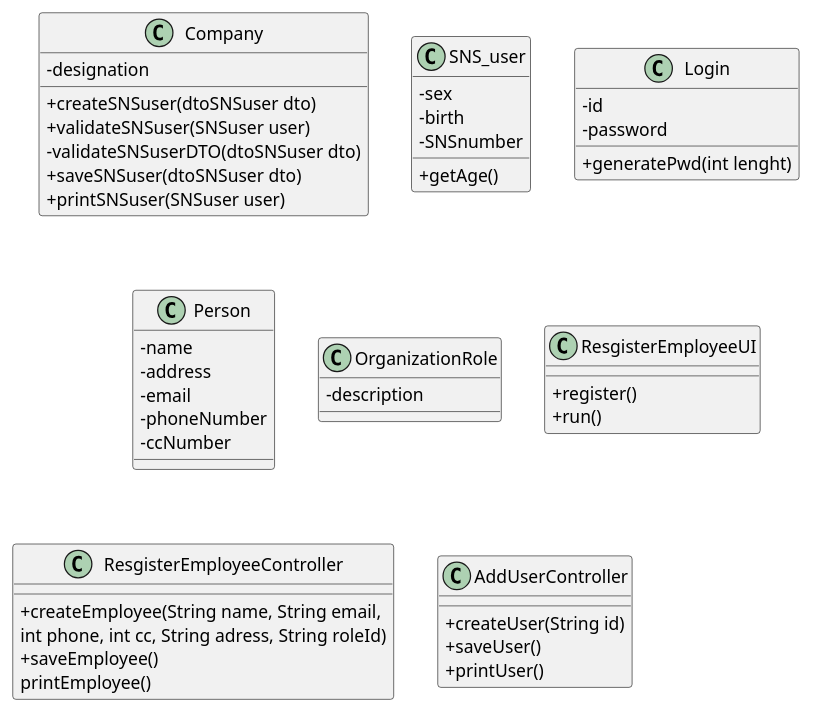
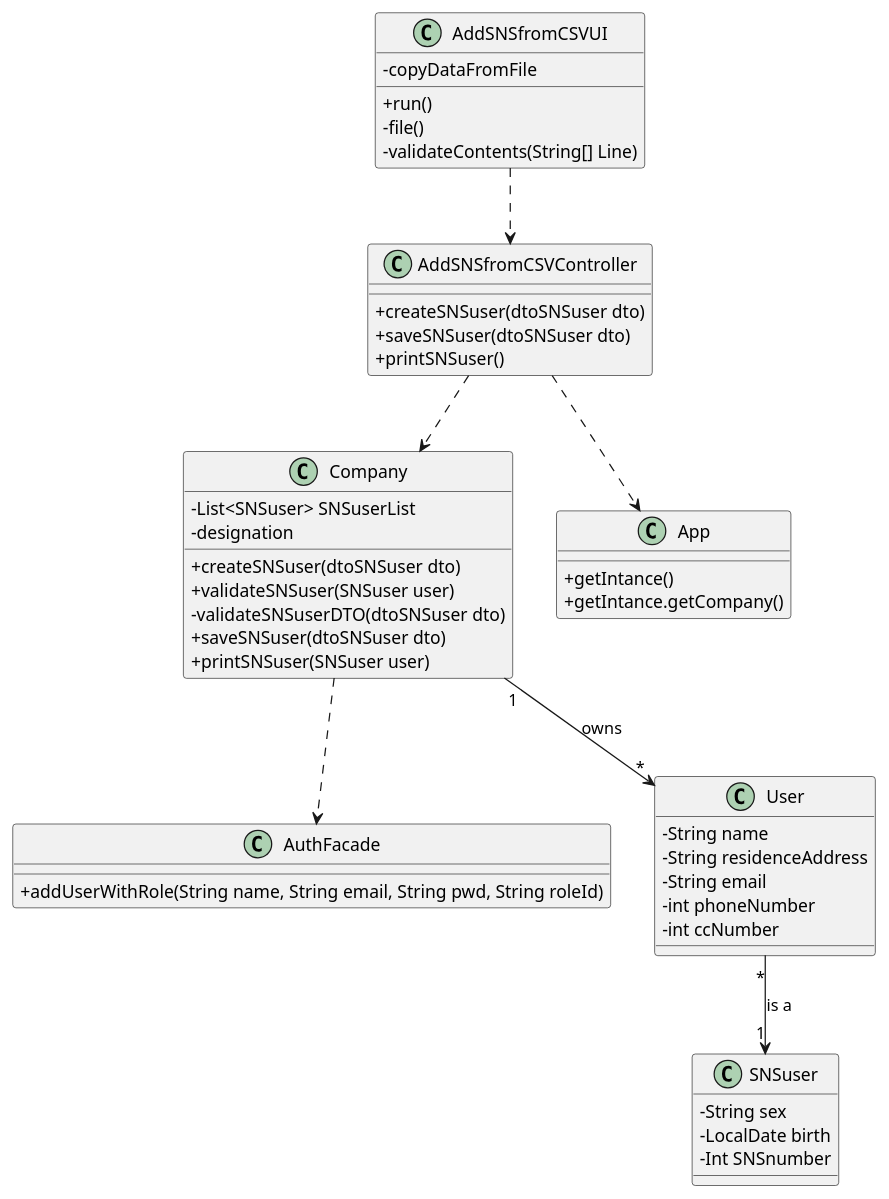
Before and after one commit to osnilas/SNSsystem: the diagram in docs/SprintC/US014/US014_CD.puml, drawn with PlantUML. The commit also changed 11 other files, not shown here.

```diff
--- a/docs/SprintC/US014/US014_CD.puml
+++ b/docs/SprintC/US014/US014_CD.puml
@@ -1,53 +1,57 @@
 @startuml
 'https://plantuml.com/class-diagram
 skinparam classAttributeIconSize 0
 
 Class Company{
+-List<SNSuser> SNSuserList
 -designation
     +createSNSuser(dtoSNSuser dto)
     +validateSNSuser(SNSuser user)
     -validateSNSuserDTO(dtoSNSuser dto)
     +saveSNSuser(dtoSNSuser dto)
     +printSNSuser(SNSuser user)
-
 }
-Class SNS_user{
--sex
--birth
--SNSnumber
-+getAge()
-}
-Class Login{
--id
--password
-+generatePwd(int lenght)
-}
-Class Person{
--name
--address
--email
--phoneNumber
--ccNumber
-}
-Class OrganizationRole{
--description
-}
-Class ResgisterEmployeeUI{
-+register()
-+run()
-}
-Class ResgisterEmployeeController{
-+createEmployee(String name, String email, \nint phone, int cc, String adress, String roleId)
-+saveEmployee()
-printEmployee()
+Class AuthFacade{
++addUserWithRole(String name, String email, String pwd, String roleId)
 }
 
-Class AddUserController{
-+createUser(String id)
-+saveUser()
-+printUser()
+Class App{
++getIntance()
++getIntance.getCompany()
 }
 
+Class SNSuser{
+-String sex
+-LocalDate birth
+-Int SNSnumber
+}
+
+Class User{
+-String name
+-String residenceAddress
+-String email
+-int phoneNumber
+-int ccNumber
+}
+
+Class AddSNSfromCSVUI{
++run()
+-file()
+-copyDataFromFile
+-validateContents(String[] Line)
+}
+Class AddSNSfromCSVController{
++createSNSuser(dtoSNSuser dto)
++saveSNSuser(dtoSNSuser dto)
++printSNSuser()
+}
+
+AddSNSfromCSVUI..>AddSNSfromCSVController
+AddSNSfromCSVController..>Company
+AddSNSfromCSVController..>App
+Company"1"-->"*"User:owns
+Company..>AuthFacade
+User"*"-->"1"SNSuser:is a
 
 
 @enduml
```
